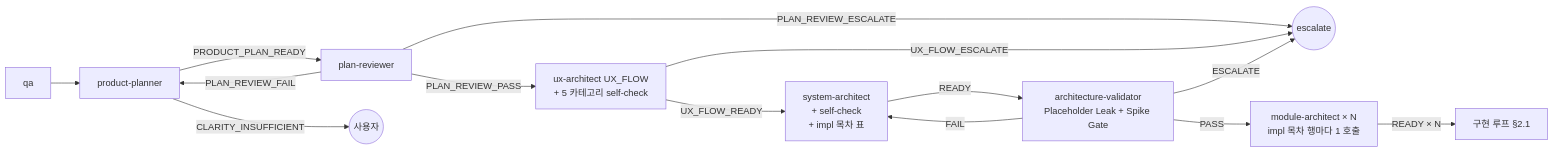
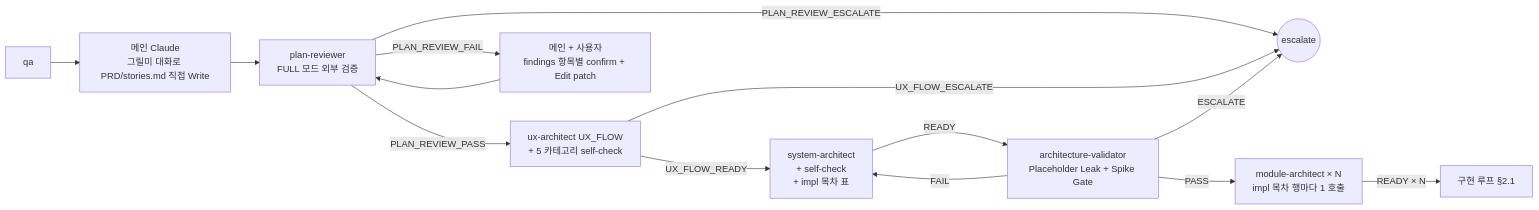
One commit to alruminum/dcNess changed the third of 7 diagrams in docs/plugin/orchestration.md. Above: the diagram before and after it, drawn with Mermaid. The commit also changed other lines of this file and 18 other files, not shown here.

First line of the commit message:
[docs] product-planner 폐기 → 메인 직접 그릴미 대화로 PRD/stories.md 작성

````diff
--- a/docs/plugin/orchestration.md
+++ b/docs/plugin/orchestration.md
@@ -127,16 +127,16 @@
 ```mermaid
 flowchart LR
-    qa[qa] --> pp[product-planner]
-    pp -->|PRODUCT_PLAN_READY| pr[plan-reviewer]
-    pp -->|CLARITY_INSUFFICIENT| user((사용자))
+    qa[qa] --> main[메인 Claude<br/>그릴미 대화로 PRD/stories.md 직접 Write]
+    main --> pr[plan-reviewer<br/>FULL 모드 외부 검증]
     pr -->|PLAN_REVIEW_PASS| ux[ux-architect UX_FLOW<br/>+ 5 카테고리 self-check]
-    pr -->|PLAN_REVIEW_FAIL| pp
+    pr -->|PLAN_REVIEW_FAIL| confirm[메인 + 사용자<br/>findings 항목별 confirm + Edit patch]
+    confirm --> pr
     pr -->|PLAN_REVIEW_ESCALATE| esc
     ux -->|UX_FLOW_READY| sd[system-architect<br/>+ self-check<br/>+ impl 목차 표]
     ux -->|UX_FLOW_ESCALATE| esc((escalate))
     sd -->|READY| dv[architecture-validator<br/>Placeholder Leak + Spike Gate]
     dv -->|PASS| mp[module-architect × N<br/>impl 목차 행마다 1 호출]
     dv -->|FAIL| sd
     dv -->|ESCALATE| esc
     mp -->|READY × N| impl[구현 루프 §2.1]
 ```
````
